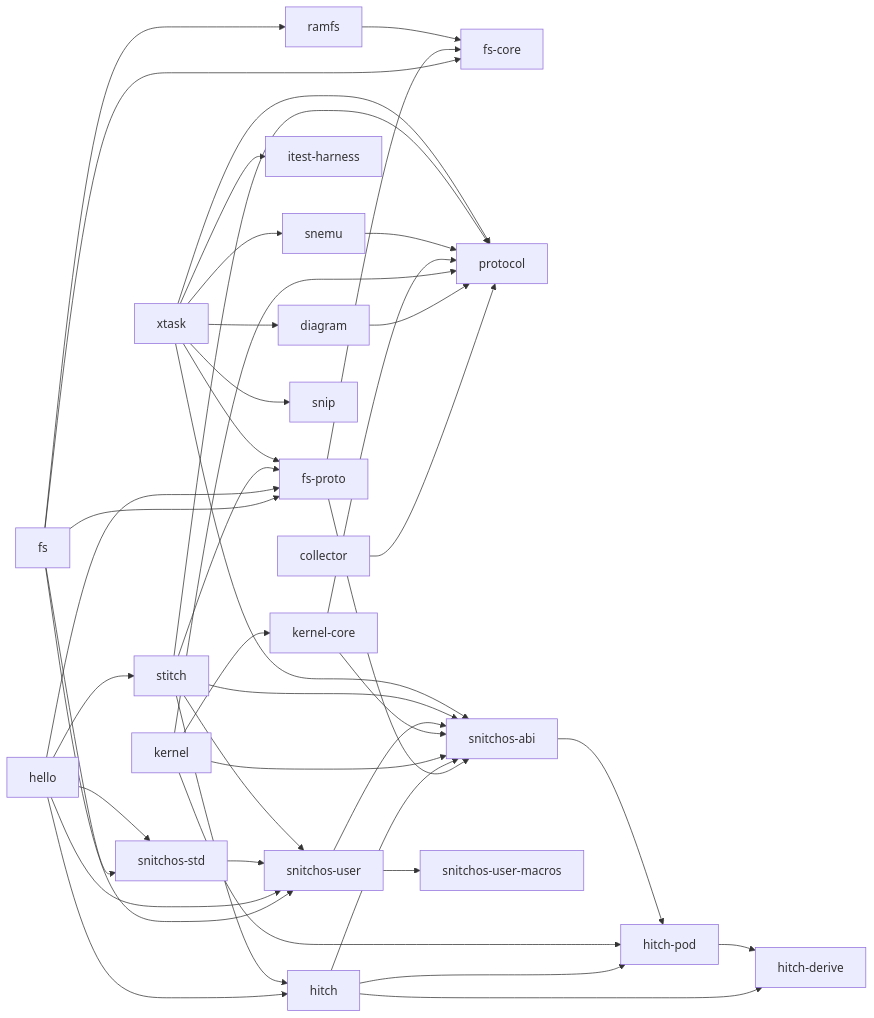
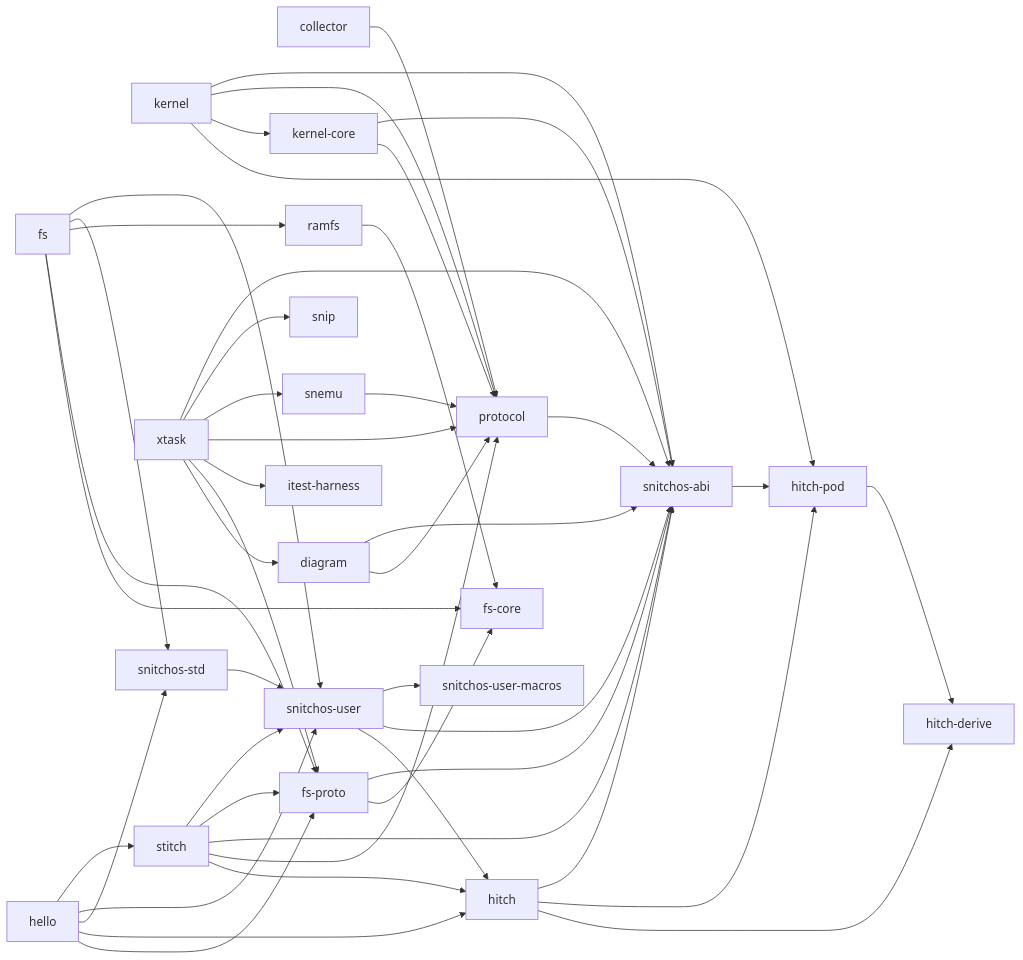
The diagram in docs/generated/deps.md (chloebrett/snitchos), drawn with Mermaid before and after one commit. The commit also changed 21 other files, not shown here.

````diff
--- a/docs/generated/deps.md
+++ b/docs/generated/deps.md
@@ -5,67 +5,70 @@
 ```mermaid
 graph LR
     collector["collector"]
     diagram["diagram"]
     fs["fs"]
     fs_core["fs-core"]
     fs_proto["fs-proto"]
     hello["hello"]
     hitch["hitch"]
     hitch_derive["hitch-derive"]
     hitch_pod["hitch-pod"]
     itest_harness["itest-harness"]
     kernel["kernel"]
     kernel_core["kernel-core"]
     protocol["protocol"]
     ramfs["ramfs"]
     snemu["snemu"]
     snip["snip"]
     snitchos_abi["snitchos-abi"]
     snitchos_std["snitchos-std"]
     snitchos_user["snitchos-user"]
     snitchos_user_macros["snitchos-user-macros"]
     stitch["stitch"]
     xtask["xtask"]
     collector --> protocol
     diagram --> protocol
+    diagram --> snitchos_abi
     fs --> fs_core
     fs --> fs_proto
     fs --> ramfs
     fs --> snitchos_std
     fs --> snitchos_user
     fs_proto --> fs_core
     fs_proto --> snitchos_abi
     hello --> fs_proto
     hello --> hitch
     hello --> snitchos_std
     hello --> snitchos_user
     hello --> stitch
     hitch --> hitch_derive
     hitch --> hitch_pod
     hitch --> snitchos_abi
     hitch_pod --> hitch_derive
     kernel --> hitch_pod
     kernel --> kernel_core
     kernel --> protocol
     kernel --> snitchos_abi
     kernel_core --> protocol
     kernel_core --> snitchos_abi
+    protocol --> snitchos_abi
     ramfs --> fs_core
     snemu --> protocol
     snitchos_abi --> hitch_pod
     snitchos_std --> snitchos_user
+    snitchos_user --> hitch
     snitchos_user --> snitchos_abi
     snitchos_user --> snitchos_user_macros
     stitch --> hitch
     stitch --> protocol
     stitch --> snitchos_abi
     stitch --> fs_proto
     stitch --> snitchos_user
     xtask --> diagram
     xtask --> fs_proto
     xtask --> itest_harness
     xtask --> protocol
     xtask --> snemu
     xtask --> snip
     xtask --> snitchos_abi
 ```
````
